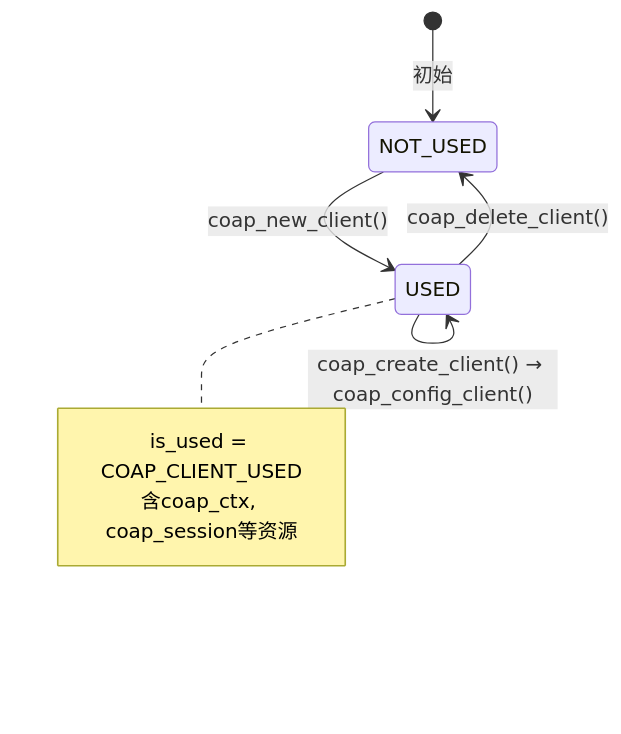
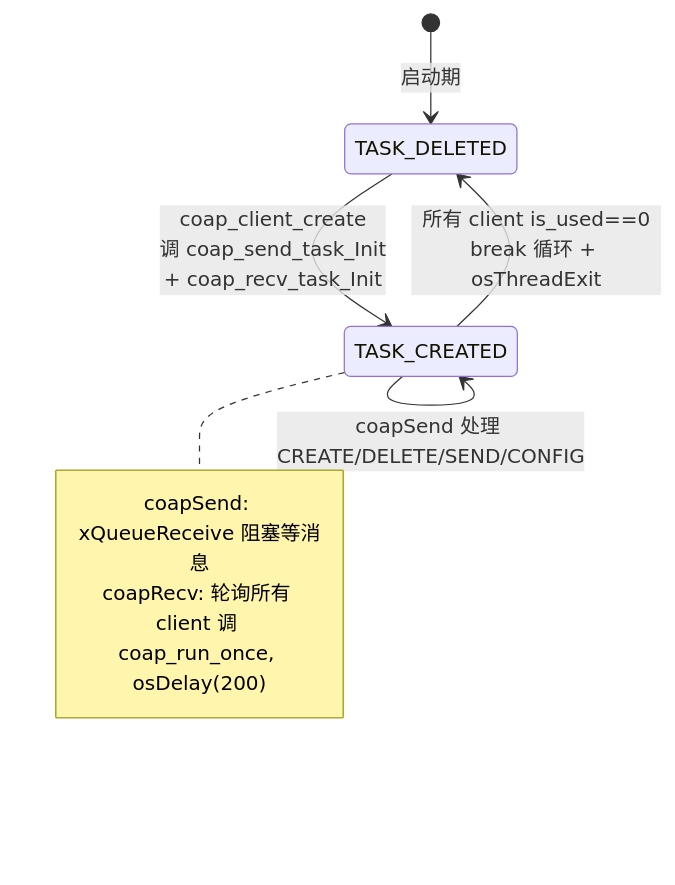
The fifth of 6 diagrams in knowledge/platform/EC626/code-summary/CoAP模块/代码总结.md (niusulong/.spec-embedded-iot), drawn with Mermaid before and after one commit. The commit also changed other lines of this file and 11 other files, not shown here.

````diff
--- a/knowledge/platform/EC626/code-summary/CoAP模块/代码总结.md
+++ b/knowledge/platform/EC626/code-summary/CoAP模块/代码总结.md
@@ -433,12 +349,11 @@
 ```mermaid
 stateDiagram-v2
-    [*] --> NOT_USED: 初始
-    NOT_USED --> USED: coap_new_client()
-    USED --> USED: coap_create_client() → coap_config_client()
-    USED --> NOT_USED: coap_delete_client()
-    
-    note right of USED
-        is_used = COAP_CLIENT_USED
-        含coap_ctx, coap_session等资源
+    [*] --> TASK_DELETED: 启动期
+    TASK_DELETED --> TASK_CREATED: coap_client_create<br/>调 coap_send_task_Init<br/>+ coap_recv_task_Init
+    TASK_CREATED --> TASK_CREATED: coapSend 处理 CREATE/DELETE/SEND/CONFIG
+    TASK_CREATED --> TASK_DELETED: 所有 client is_used==0<br/>break 循环 + osThreadExit
+    note right of TASK_CREATED
+        coapSend: xQueueReceive 阻塞等消息
+        coapRecv: 轮询所有 client 调 coap_run_once, osDelay(200)
     end note
 ```
````
